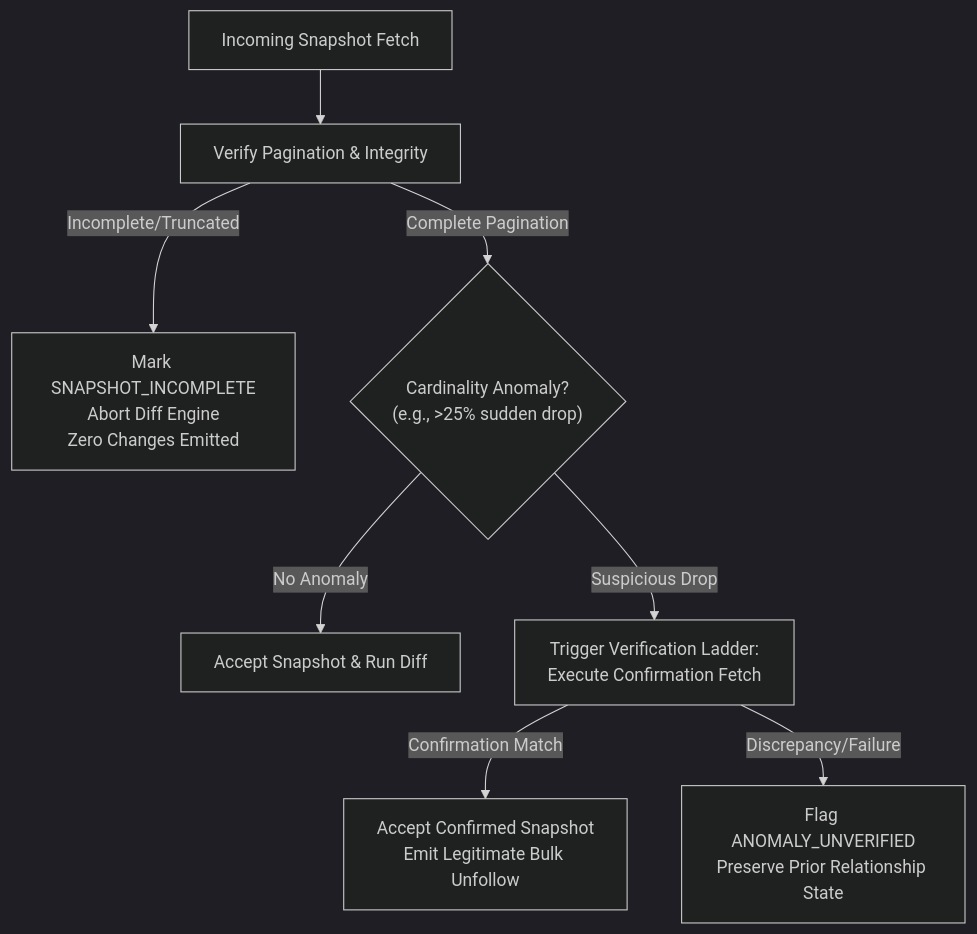
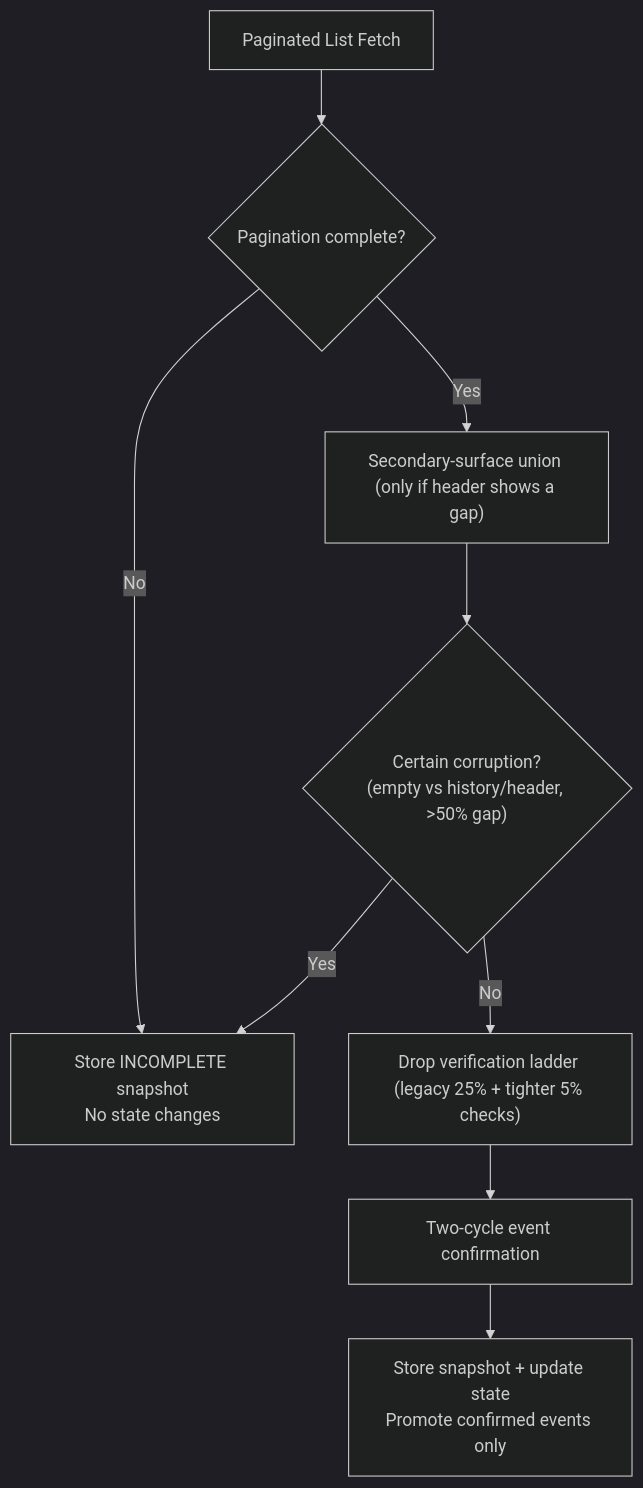
Before and after one commit to MZarc/Stalkr: the second of 3 diagrams in ARCHITECTURE.md, drawn with Mermaid (dark theme). The commit also changed other lines of this file and 6 other files, not shown here.

First line of the commit message:
Docs: honest claims, schema-accurate specs, MIT license

````diff
--- a/ARCHITECTURE.md
+++ b/ARCHITECTURE.md
@@ -100,10 +106,11 @@
 ```mermaid
 flowchart TD
-    Fetch["Incoming Snapshot Fetch"] --> Validate["Verify Pagination & Integrity"]
-    Validate -->|Incomplete/Truncated| MarkIncomplete["Mark SNAPSHOT_INCOMPLETE\nAbort Diff Engine\nZero Changes Emitted"]
-    Validate -->|Complete Pagination| CheckAnomaly{"Cardinality Anomaly?\n(e.g., >25% sudden drop)"}
-    CheckAnomaly -->|No Anomaly| Accept["Accept Snapshot & Run Diff"]
-    CheckAnomaly -->|Suspicious Drop| LadderVerify["Trigger Verification Ladder:\nExecute Confirmation Fetch"]
-    LadderVerify -->|Confirmation Match| AcceptConfirmed["Accept Confirmed Snapshot\nEmit Legitimate Bulk Unfollow"]
-    LadderVerify -->|Discrepancy/Failure| MarkFlagged["Flag ANOMALY_UNVERIFIED\nPreserve Prior Relationship State"]
+    Fetch["Paginated List Fetch"] --> PagCheck{"Pagination complete?"}
+    PagCheck -->|No| Incomplete["Store INCOMPLETE snapshot\nNo state changes"]
+    PagCheck -->|Yes| Union["Secondary-surface union (only if header shows a gap)"]
+    Union --> HardGate{"Certain corruption?\n(empty vs history/header, >50% gap)"}
+    HardGate -->|Yes| Incomplete
+    HardGate -->|No| Ladder["Drop verification ladder (legacy 25% + tighter 5% checks)"]
+    Ladder --> Confirm["Two-cycle event confirmation"]
+    Confirm --> Store["Store snapshot + update state\nPromote confirmed events only"]
 ```
````
